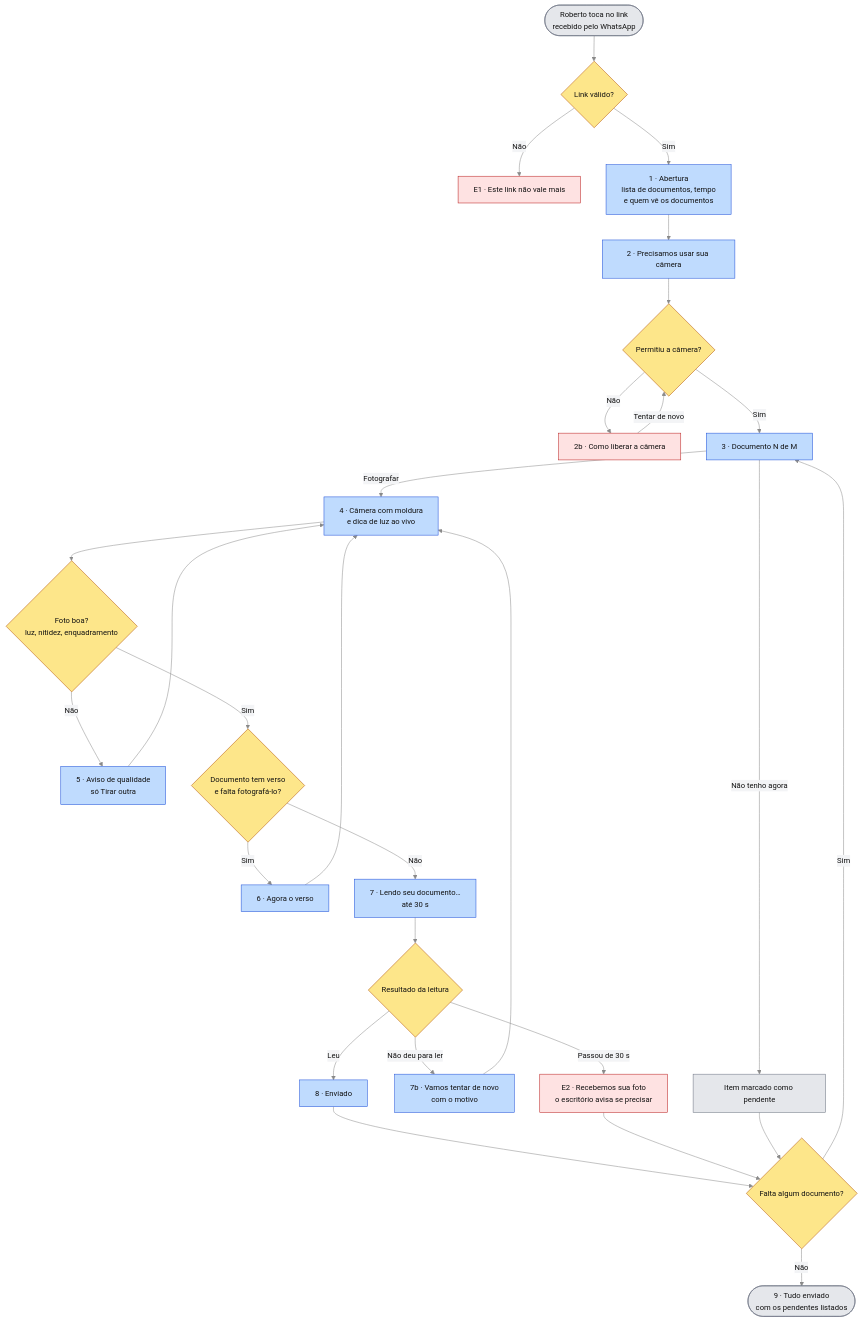
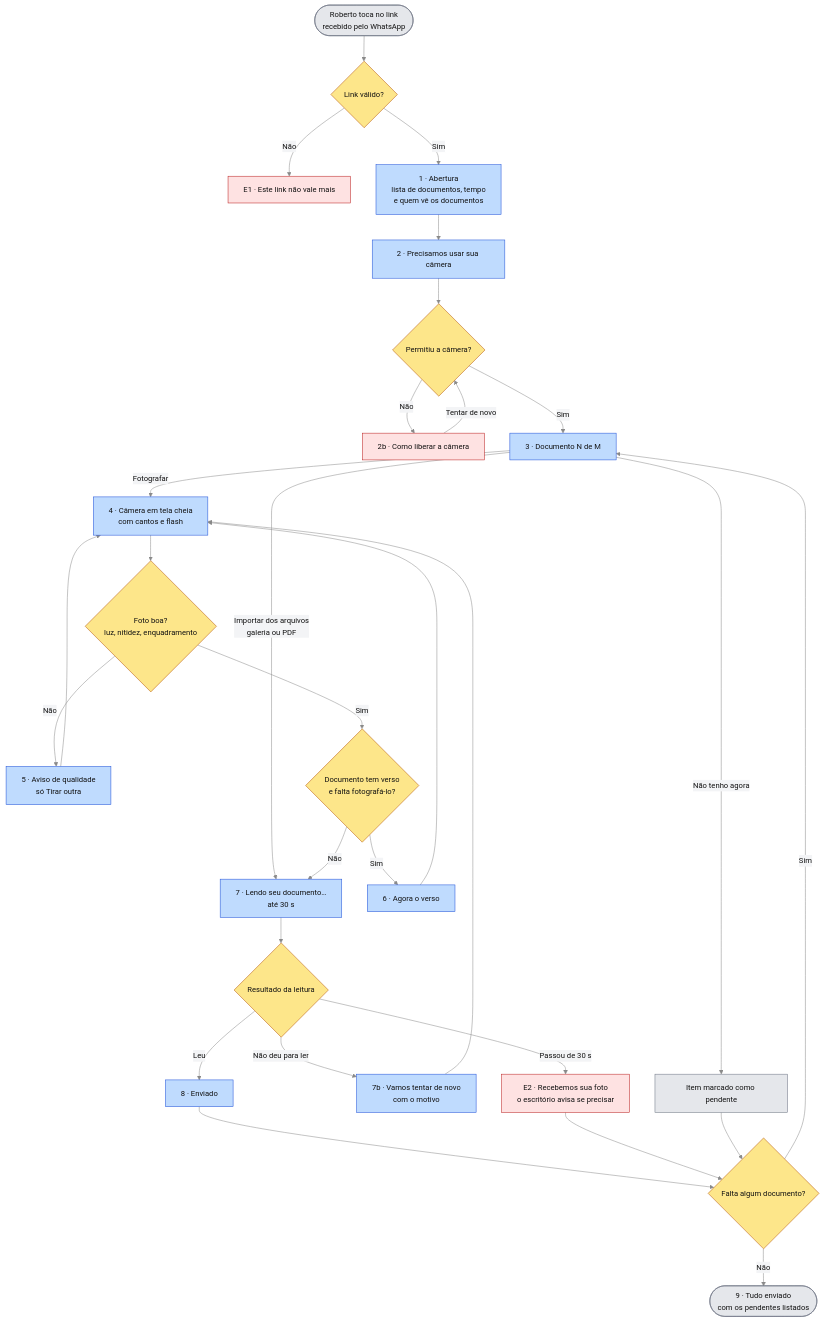
The diagram in docs/ux/captura-wireframes.md (marcosvpantoja/extracao-dados-documentos), drawn with Mermaid before and after one commit. The commit also changed 3 other files, not shown here.

Commit message:
README: 9 diagramas visíveis nas seções; fluxo das telas com importação de arquivos

````diff
--- a/docs/ux/captura-wireframes.md
+++ b/docs/ux/captura-wireframes.md
@@ -21,43 +21,44 @@
 ```mermaid
 %%{init: {"theme": "base", "themeVariables": {"lineColor": "#8a8a8a", "primaryTextColor": "#111111", "edgeLabelBackground": "#f3f4f6", "fontSize": "15px"}}}%%
 flowchart TD
     LINK([Roberto toca no link<br/>recebido pelo WhatsApp]) --> VAL{Link válido?}
     VAL -->|Não| E1["E1 · Este link não vale mais"]
     VAL -->|Sim| T1["1 · Abertura<br/>lista de documentos, tempo<br/>e quem vê os documentos"]
     T1 --> T2["2 · Precisamos usar sua câmera"]
     T2 --> PERM{Permitiu a câmera?}
     PERM -->|Não| T2B["2b · Como liberar a câmera"]
     T2B -->|Tentar de novo| PERM
     PERM -->|Sim| T3["3 · Documento N de M"]
 
     T3 -->|Não tenho agora| PEND["Item marcado como pendente"]
-    T3 -->|Fotografar| T4["4 · Câmera com moldura<br/>e dica de luz ao vivo"]
+    T3 -->|Fotografar| T4["4 · Câmera em tela cheia<br/>com cantos e flash"]
+    T3 -->|Importar dos arquivos<br/>galeria ou PDF| T7
     T4 --> QUAL{Foto boa?<br/>luz, nitidez, enquadramento}
     QUAL -->|Não| T5["5 · Aviso de qualidade<br/>só Tirar outra"]
     T5 --> T4
     QUAL -->|Sim| VER{Documento tem verso<br/>e falta fotografá-lo?}
     VER -->|Sim| T6["6 · Agora o verso"]
     T6 --> T4
     VER -->|Não| T7["7 · Lendo seu documento…<br/>até 30 s"]
 
     T7 --> LEU{Resultado da leitura}
     LEU -->|Não deu para ler| T7B["7b · Vamos tentar de novo<br/>com o motivo"]
     T7B --> T4
     LEU -->|Leu| T8["8 · Enviado"]
     LEU -->|Passou de 30 s| E2["E2 · Recebemos sua foto<br/>o escritório avisa se precisar"]
 
     T8 --> MAIS{Falta algum documento?}
     E2 --> MAIS
     PEND --> MAIS
     MAIS -->|Sim| T3
     MAIS -->|Não| T9(["9 · Tudo enviado<br/>com os pendentes listados"])
 
     classDef tela fill:#bfdbfe,stroke:#1d4ed8,color:#111
     classDef excecao fill:#fee2e2,stroke:#b91c1c,color:#111
     classDef decisao fill:#fde68a,stroke:#b45309,color:#111
     class T1,T2,T3,T4,T5,T6,T7,T7B,T8 tela
     class E1,E2,T2B excecao
     class VAL,PERM,QUAL,VER,LEU,MAIS decisao
     classDef borda fill:#e5e7eb,stroke:#6b7280,color:#111
     class LINK,PEND,T9 borda
 ```
````
